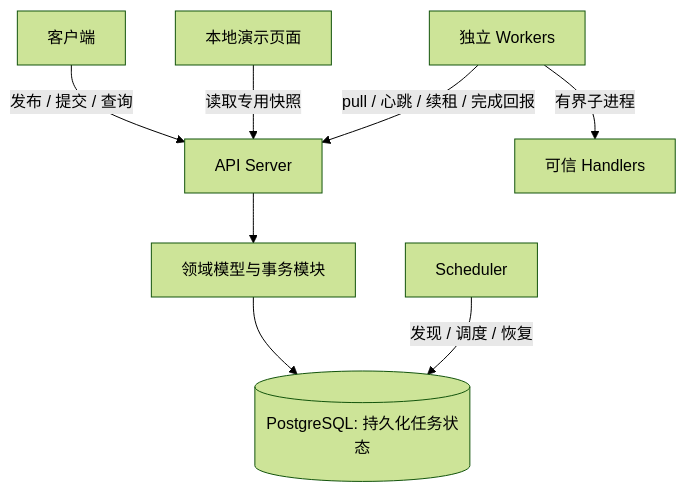
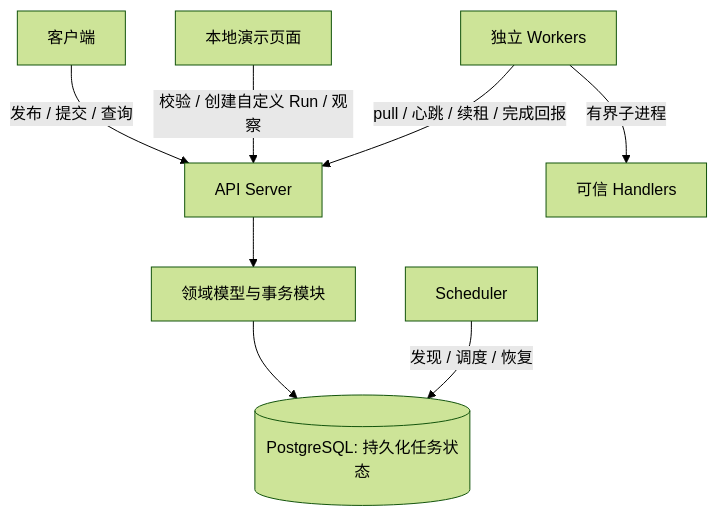
Before and after one commit to Shenggyyy/distributed-workflow-engine: the diagram in README.zh-CN.md, drawn with Mermaid (forest theme). The commit also changed other lines of this file and 13 other files, not shown here.

````diff
--- a/README.zh-CN.md
+++ b/README.zh-CN.md
@@ -20,10 +22,10 @@
 ```mermaid
 flowchart TD
     Client[客户端] -->|发布 / 提交 / 查询| API[API Server]
-    UI[本地演示页面] -->|读取专用快照| API
+    UI[本地演示页面] -->|校验 / 创建自定义 Run / 观察| API
     Workers[独立 Workers] -->|pull / 心跳 / 续租 / 完成回报| API
     API --> Engine[领域模型与事务模块]
     Engine --> PG[(PostgreSQL: 持久化任务状态)]
     Scheduler -->|发现 / 调度 / 恢复| PG
     Workers -->|有界子进程| Handlers[可信 Handlers]
 ```
````
